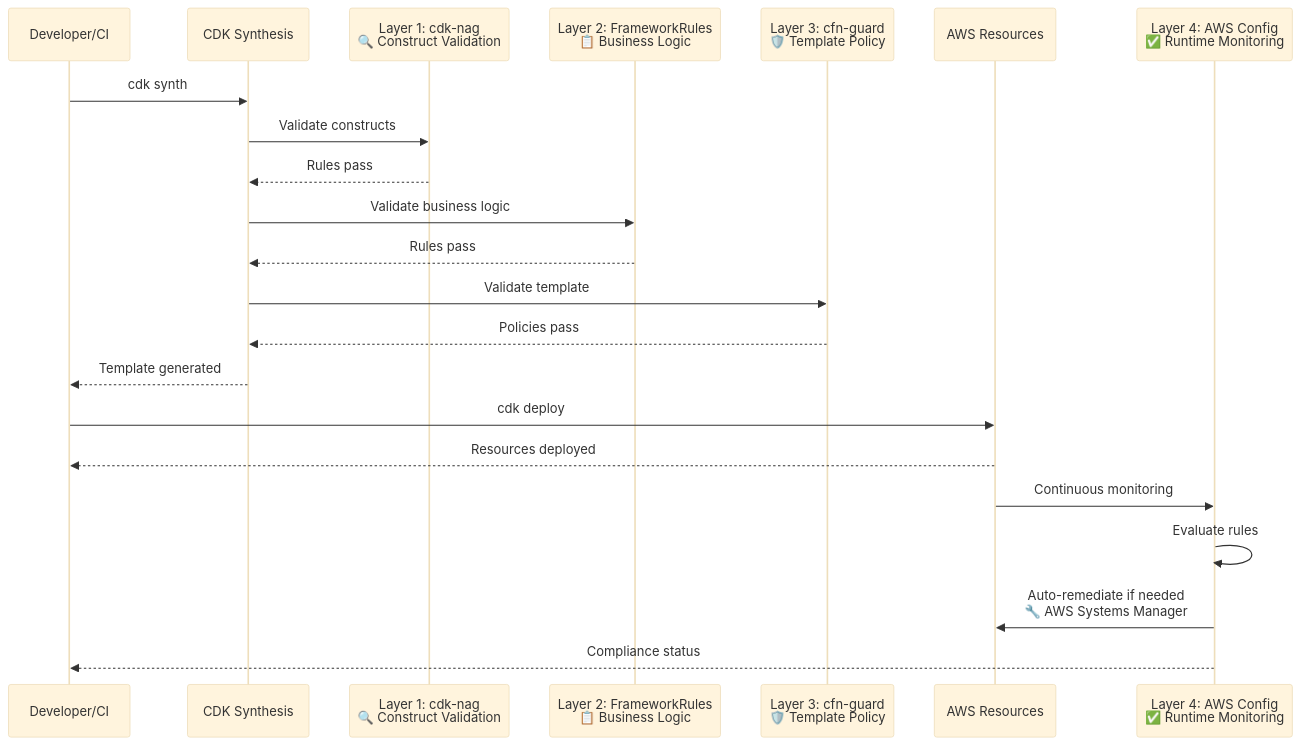
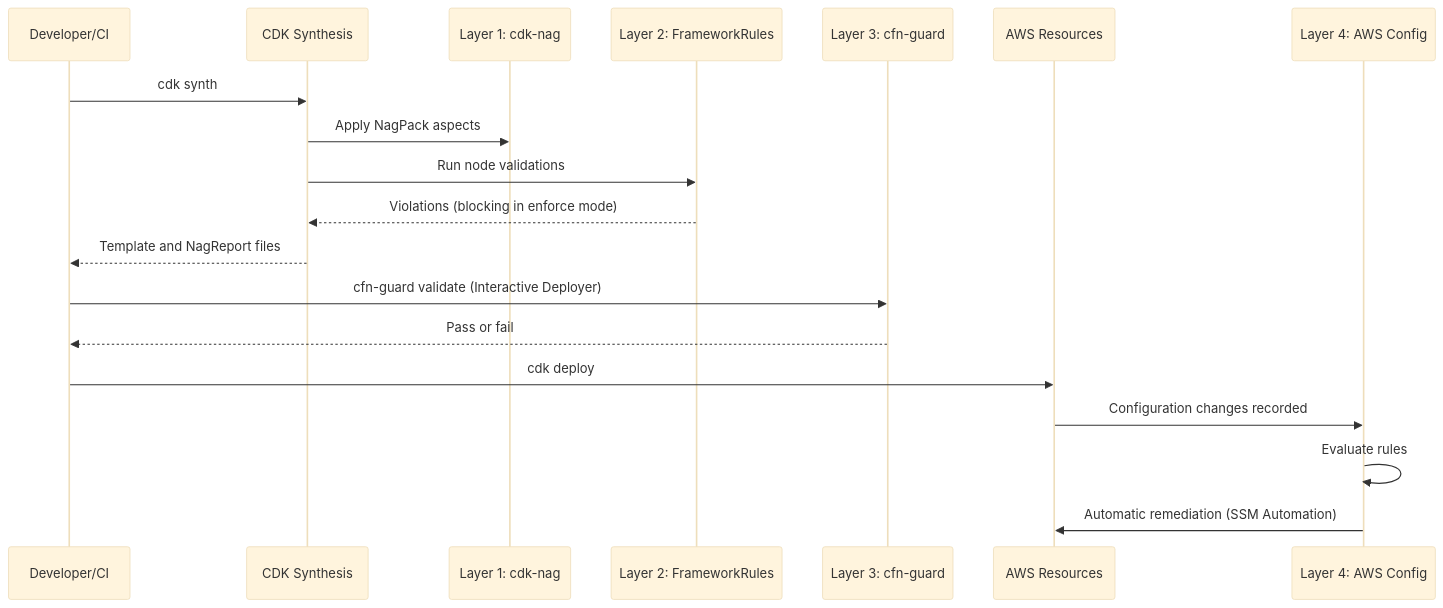
The diagram in docs/compliance/VALIDATION_ARCHITECTURE.md (CloudForgeCI/cfc-core), drawn with Mermaid (base theme) before and after one commit. The commit also changed other lines of this file and 287 other files, not shown here.

First line of the commit message:
Add compliance dry-run checks, fix IAM rollback gaps, harden multi-instance rejection (#44)

````diff
--- a/docs/compliance/VALIDATION_ARCHITECTURE.md
+++ b/docs/compliance/VALIDATION_ARCHITECTURE.md
@@ -195,30 +16,22 @@
 ```mermaid
 sequenceDiagram
     participant Dev as Developer/CI
     participant CDK as CDK Synthesis
-    participant Nag as Layer 1: cdk-nag<br/>🔍 Construct Validation
-    participant Framework as Layer 2: FrameworkRules<br/>📋 Business Logic
-    participant Guard as Layer 3: cfn-guard<br/>🛡️ Template Policy
+    participant Nag as Layer 1: cdk-nag
+    participant Framework as Layer 2: FrameworkRules
+    participant Guard as Layer 3: cfn-guard
     participant AWS as AWS Resources
-    participant Config as Layer 4: AWS Config<br/>✅ Runtime Monitoring
-    
+    participant Config as Layer 4: AWS Config
+
     Dev->>CDK: cdk synth
-    CDK->>Nag: Validate constructs
-    Nag-->>CDK: Rules pass
-    
-    CDK->>Framework: Validate business logic
-    Framework-->>CDK: Rules pass
-    
-    CDK->>Guard: Validate template
-    Guard-->>CDK: Policies pass
-    
-    CDK-->>Dev: Template generated
-    
+    CDK->>Nag: Apply NagPack aspects
+    CDK->>Framework: Run node validations
+    Framework-->>CDK: Violations (blocking in enforce mode)
+    CDK-->>Dev: Template and NagReport files
+    Dev->>Guard: cfn-guard validate (Interactive Deployer)
+    Guard-->>Dev: Pass or fail
     Dev->>AWS: cdk deploy
-    AWS-->>Dev: Resources deployed
-    
-    AWS->>Config: Continuous monitoring
+    AWS->>Config: Configuration changes recorded
     Config->>Config: Evaluate rules
-    Config->>AWS: Auto-remediate if needed<br/>🔧 AWS Systems Manager
-    Config-->>Dev: Compliance status
+    Config->>AWS: Automatic remediation (SSM Automation)
 ```
````
